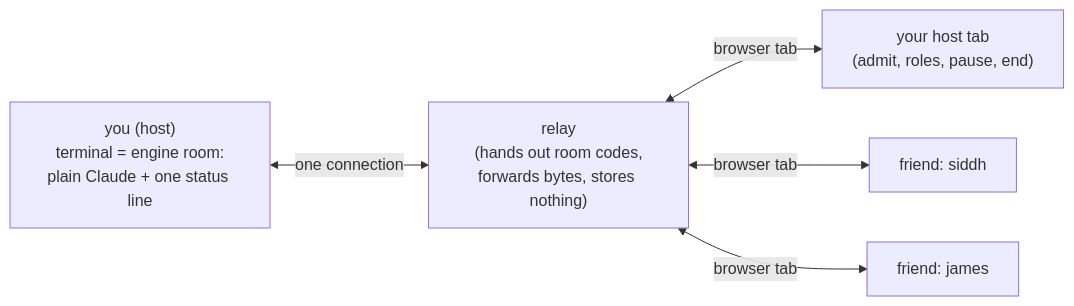
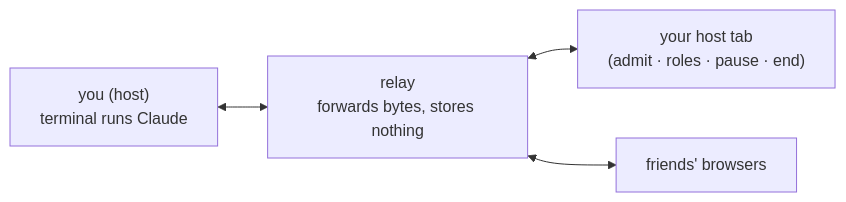
The diagram in README.md (ir272/claudecollab), drawn with Mermaid before and after one commit. The commit also changed other lines of this file and 1 other file, not shown here.

First line of the commit message:
docs: rewrite README — concise quickstart, deploy, roles; serve.js is the one relay entry

````diff
--- a/README.md
+++ b/README.md
@@ -7,7 +7,6 @@
 ```mermaid
 flowchart LR
-    H["you (host)<br/>terminal = engine room:<br/>plain Claude + one status line"] <-->|one connection| R["relay<br/>(hands out room codes,<br/>forwards bytes, stores nothing)"]
-    R <-->|browser tab| HT["your host tab<br/>(admit, roles, pause, end)"]
-    R <-->|browser tab| G1["friend: siddh"]
-    R <-->|browser tab| G2["friend: james"]
+    H["you (host)<br/>terminal runs Claude"] <--> R["relay<br/>forwards bytes, stores nothing"]
+    R <--> HT["your host tab<br/>(admit · roles · pause · end)"]
+    R <--> G["friends' browsers"]
 ```
````
